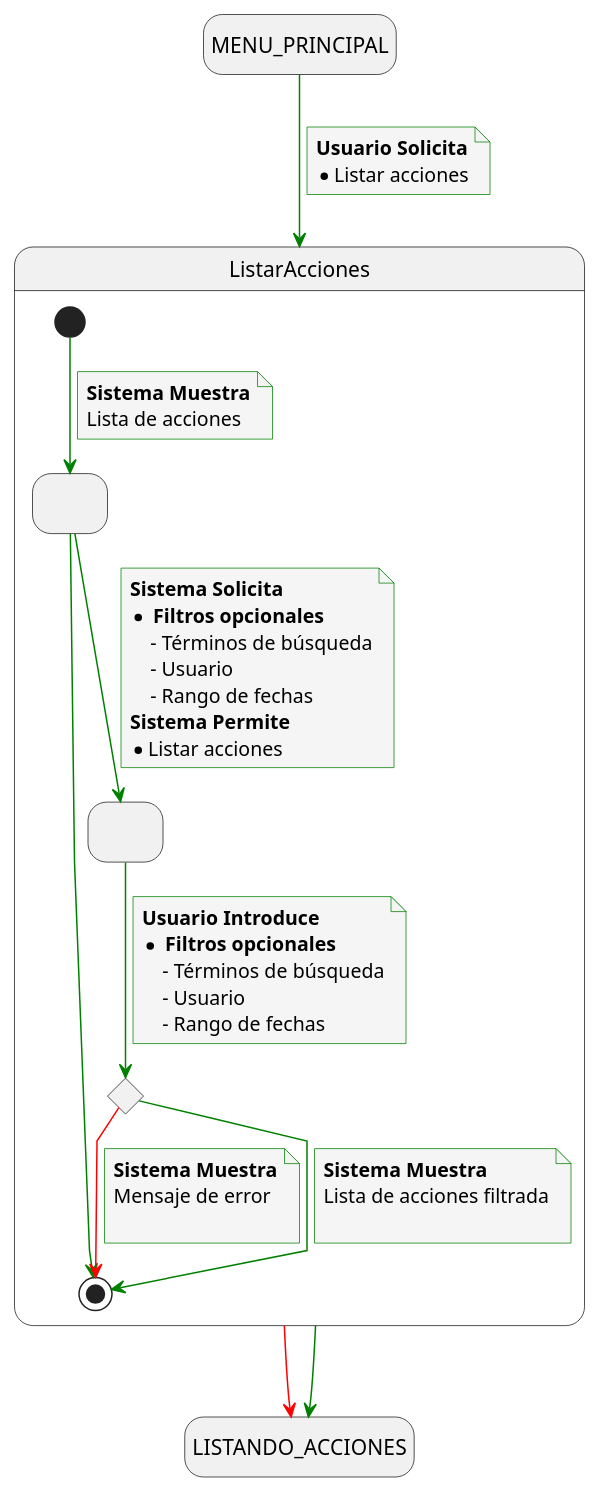
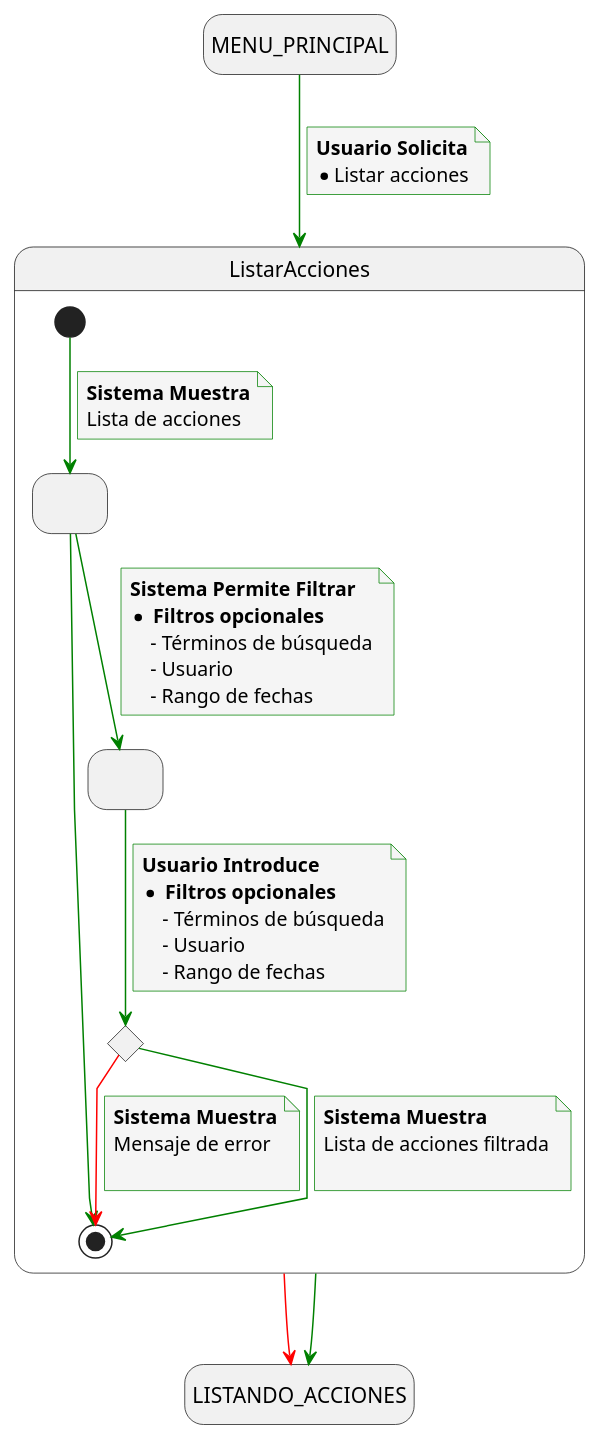
One commit to mmasias/24-25-IdSw1-SDR changed the diagram in docs/casosDeUso/detalladoCasosDeUso/detalladoAuditoria/detalladoListarAcciones.puml. Above: the diagram before and after it, drawn with PlantUML. The commit also changed 5 other files, not shown here.

```diff
--- a/docs/casosDeUso/detalladoCasosDeUso/detalladoAuditoria/detalladoListarAcciones.puml
+++ b/docs/casosDeUso/detalladoCasosDeUso/detalladoAuditoria/detalladoListarAcciones.puml
@@ -1,70 +1,68 @@
 @startuml
 skinparam {
     NoteBackgroundColor #whiteSmoke
     ArrowColor #green
     NoteBorderColor #green
     linetype polyline
 }
 
 hide empty description
 
 state startState as "MENU_PRINCIPAL"
 state endState as "LISTANDO_ACCIONES"
 
 startState --> ListarAcciones
 note on link
     <b>Usuario Solicita</b>
     * Listar acciones
 end note
 
 ListarAcciones --> endState
 ListarAcciones -[#red]> endState
 
 state ListarAcciones{
     state solicitudFiltros as " "
     state envioFiltros as " "
     state revisionFiltrosEnviados <<choice>>
 
     [*] --> solicitudFiltros
     note on link
         <b>Sistema Muestra</b>
         Lista de acciones
     end note
 
     solicitudFiltros -r-> [*]
 
     solicitudFiltros --> envioFiltros
     note on link
-        <b>Sistema Solicita</b>
+        <b>Sistema Permite Filtrar</b>
         * <b> Filtros opcionales </b>
             - Términos de búsqueda
             - Usuario
             - Rango de fechas
-        <b>Sistema Permite</b>
-        * Listar acciones
     end note
 
     envioFiltros --> revisionFiltrosEnviados
     note on link
         <b>Usuario Introduce</b>
         * <b> Filtros opcionales </b>
             - Términos de búsqueda
             - Usuario
             - Rango de fechas
     end note
 
     revisionFiltrosEnviados -[#red]-> [*]
     note on link
         <b>Sistema Muestra</b>
         Mensaje de error
 
     end note
 
     revisionFiltrosEnviados --> [*]
     note on link
         <b>Sistema Muestra</b>
         Lista de acciones filtrada
 
     end note
 }
 @enduml
```
